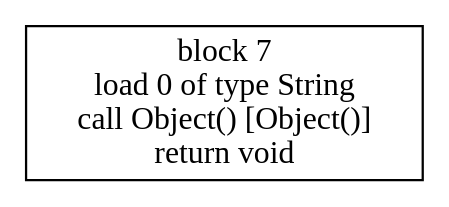
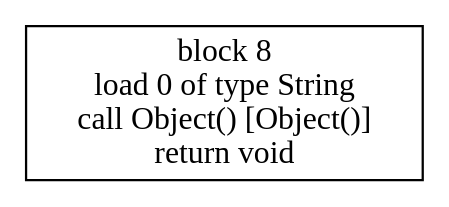
The diagram in Kitten/testcases/String(String).dot (PgRepository/Kitten), drawn with Graphviz before and after one commit. The commit also changed 843 other files, not shown here.

```diff
--- a/Kitten/testcases/String(String).dot
+++ b/Kitten/testcases/String(String).dot
@@ -1,4 +1,4 @@
 digraph "String(String)" {
 size = "11,7.5";
-codeblock_7 [ shape = box, label = "block 7\nload 0 of type String\ncall Object() [Object()]\nreturn void"];
+codeblock_8 [ shape = box, label = "block 8\nload 0 of type String\ncall Object() [Object()]\nreturn void"];
 }
```
